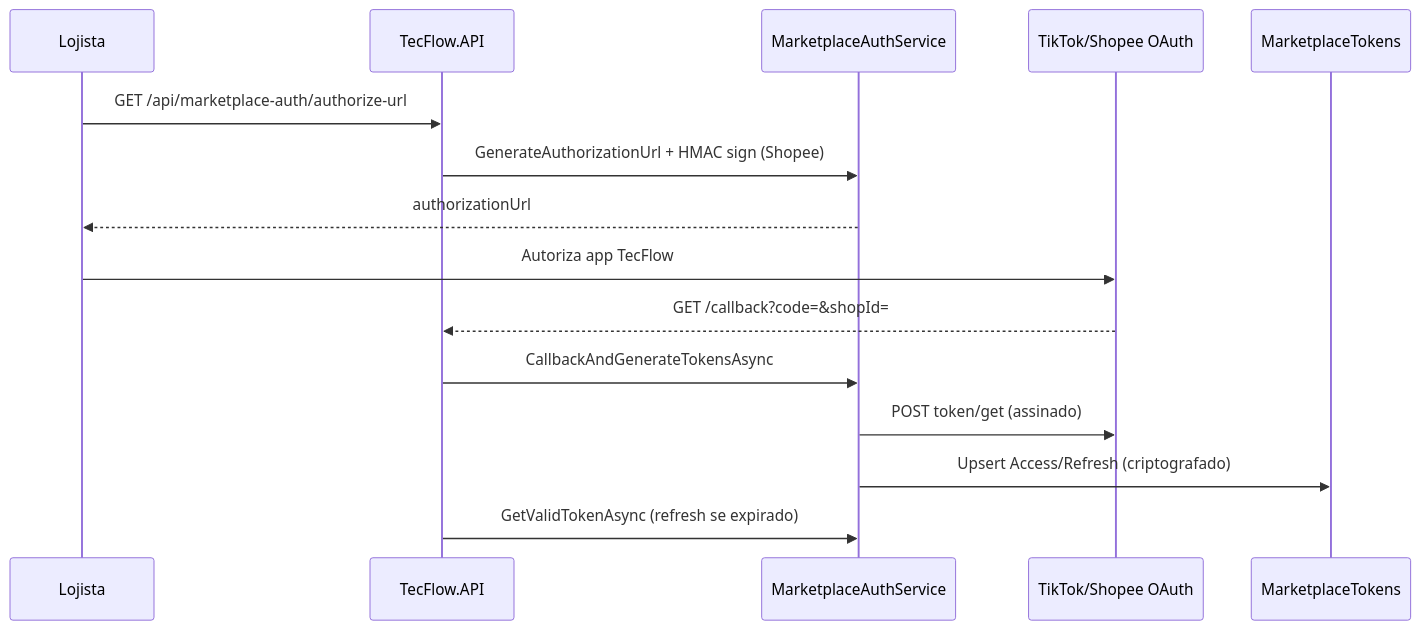
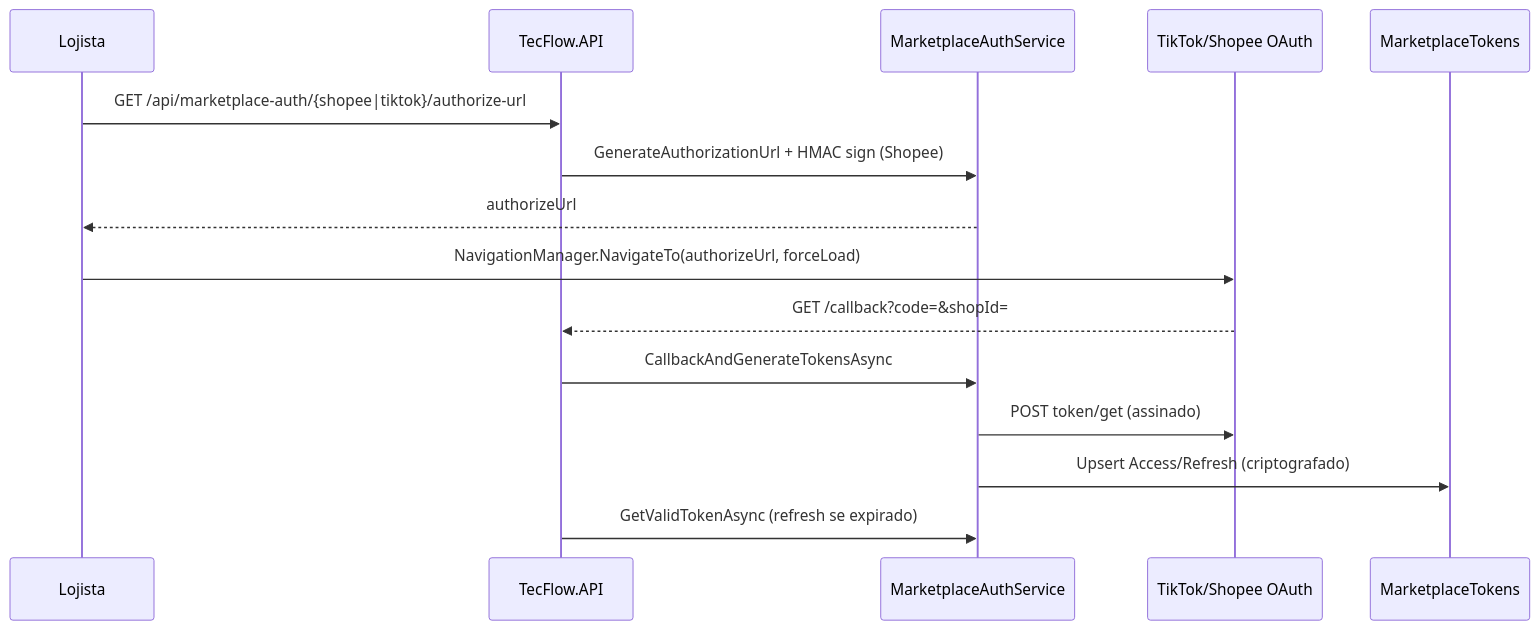
The first of 15 diagrams in docs/DIAGRAMAS_ARQUITETURA.md (ronyaraujodeveloper/TecFlow), drawn with Mermaid before and after one commit. The commit also changed 12 other files, not shown here.

Commit message:
fix(webui): redireciona OAuth de lojas pela URL de autorizacao da API

````diff
--- a/docs/DIAGRAMAS_ARQUITETURA.md
+++ b/docs/DIAGRAMAS_ARQUITETURA.md
@@ -70,18 +70,18 @@
 ```mermaid
 sequenceDiagram
   participant Lojista
   participant API as TecFlow.API
   participant Auth as MarketplaceAuthService
   participant MP as TikTok/Shopee OAuth
   participant DB as MarketplaceTokens
 
-  Lojista->>API: GET /api/marketplace-auth/authorize-url
+  Lojista->>API: GET /api/marketplace-auth/{shopee|tiktok}/authorize-url
   API->>Auth: GenerateAuthorizationUrl + HMAC sign (Shopee)
-  Auth-->>Lojista: authorizationUrl
-  Lojista->>MP: Autoriza app TecFlow
+  Auth-->>Lojista: authorizeUrl
+  Lojista->>MP: NavigationManager.NavigateTo(authorizeUrl, forceLoad)
   MP-->>API: GET /callback?code=&shopId=
   API->>Auth: CallbackAndGenerateTokensAsync
   Auth->>MP: POST token/get (assinado)
   Auth->>DB: Upsert Access/Refresh (criptografado)
   API->>Auth: GetValidTokenAsync (refresh se expirado)
 ```
````
